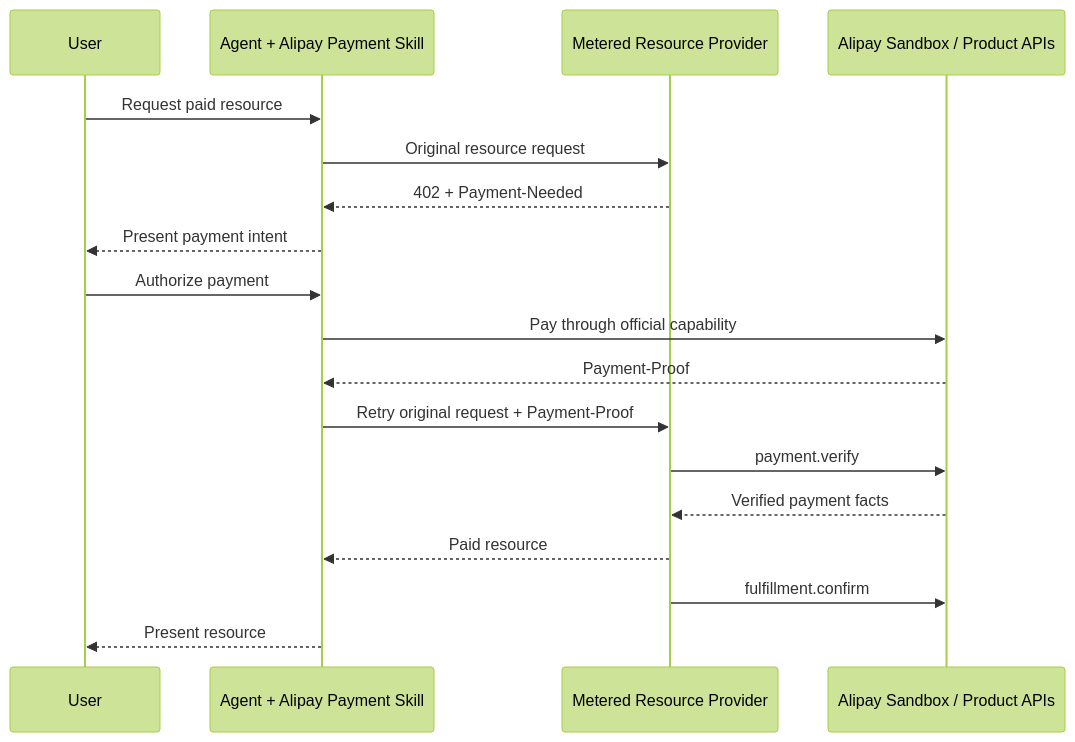
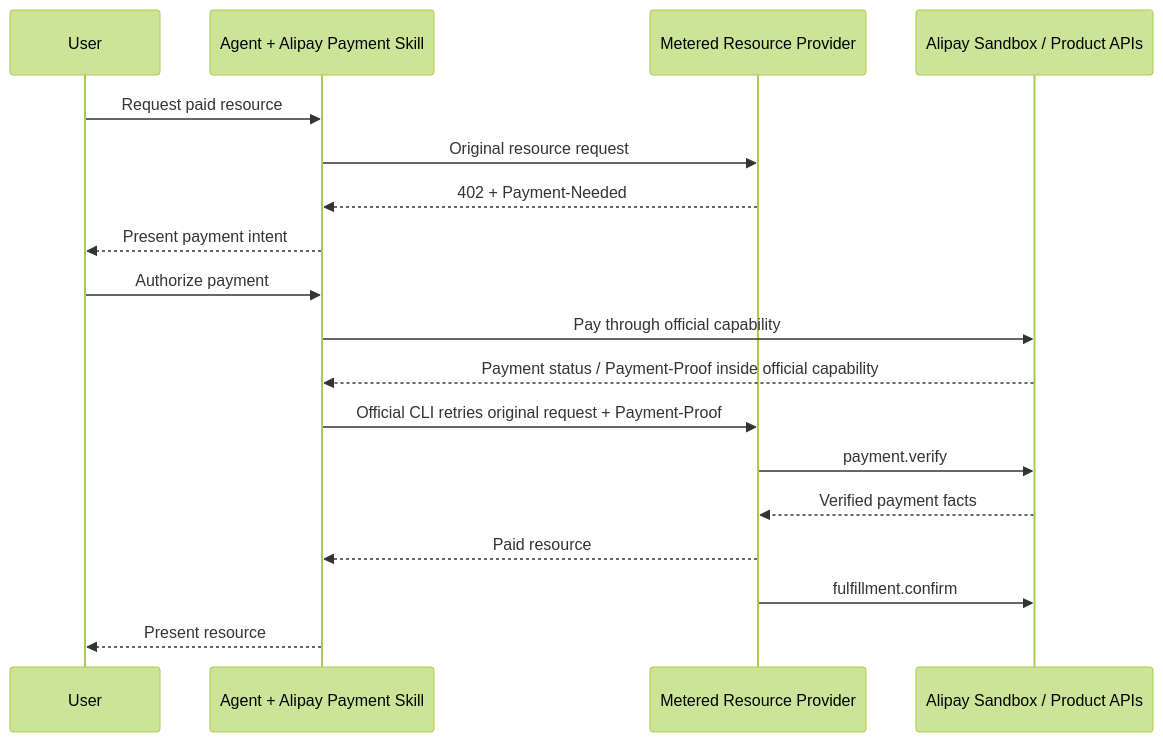
Before and after one commit to antgroup/ACT: the diagram in docs/getting-started/end-to-end-402.md, drawn with Mermaid (forest theme). The commit also changed other lines of this file and 9 other files, not shown here.

Commit message:
docs: align buyer binding with official payment CLI

````diff
--- a/docs/getting-started/end-to-end-402.md
+++ b/docs/getting-started/end-to-end-402.md
@@ -12,21 +12,21 @@
 ```mermaid
 sequenceDiagram
     participant User as User
     participant Agent as Agent + Alipay Payment Skill
     participant Service as Metered Resource Provider
     participant Alipay as Alipay Sandbox / Product APIs
 
     User->>Agent: Request paid resource
     Agent->>Service: Original resource request
     Service-->>Agent: 402 + Payment-Needed
     Agent-->>User: Present payment intent
     User->>Agent: Authorize payment
     Agent->>Alipay: Pay through official capability
-    Alipay-->>Agent: Payment-Proof
-    Agent->>Service: Retry original request + Payment-Proof
+    Alipay-->>Agent: Payment status / Payment-Proof inside official capability
+    Agent->>Service: Official CLI retries original request + Payment-Proof
     Service->>Alipay: payment.verify
     Alipay-->>Service: Verified payment facts
     Service-->>Agent: Paid resource
     Service->>Alipay: fulfillment.confirm
     Agent-->>User: Present resource
 ```
````
